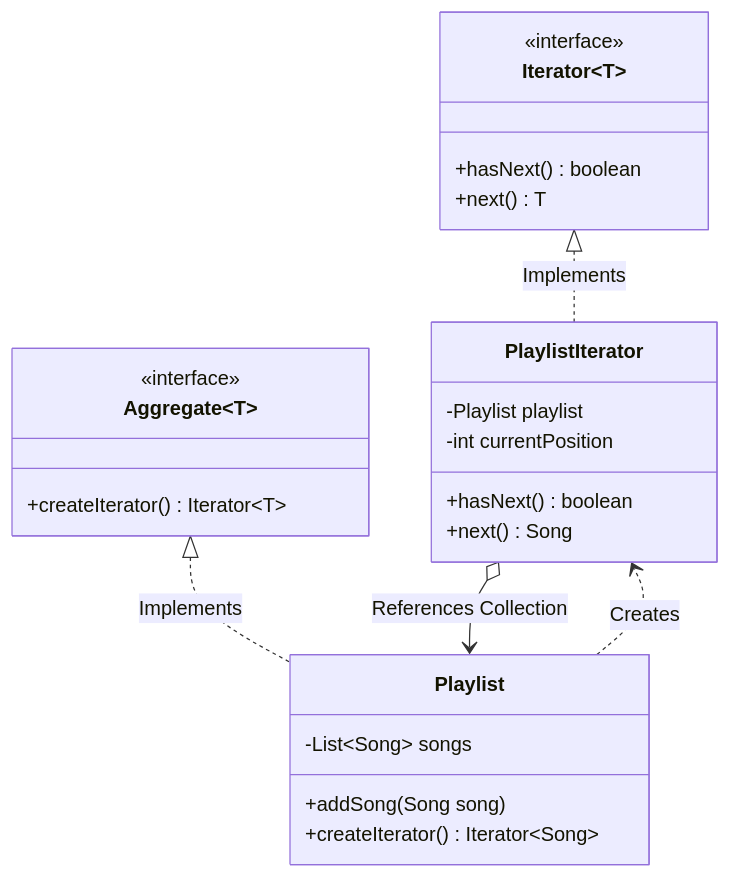
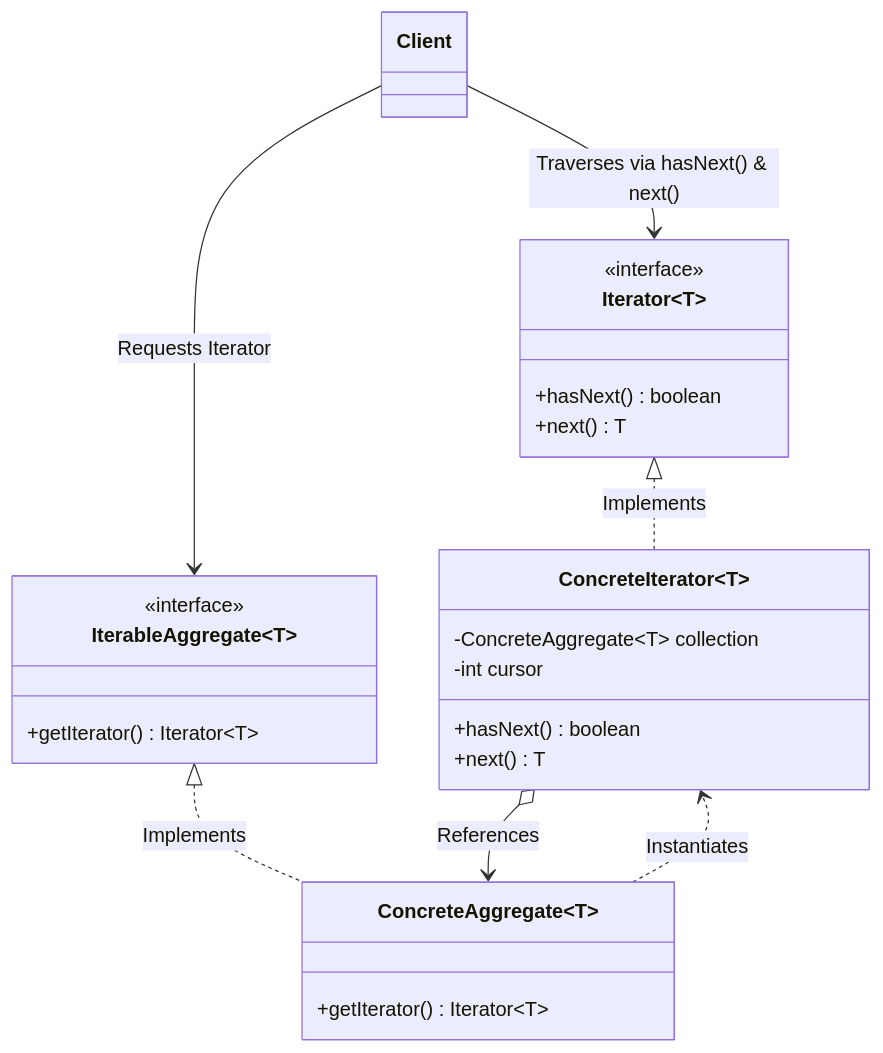
The second of 2 diagrams in 04-OOPs-and-Design-Patterns/03-Design-Patterns/29-Iterator-Design-Pattern.md (rohithgowda18/Notes), drawn with Mermaid before and after one commit. The commit also changed other lines of this file and 30 other files, not shown here.

````diff
--- a/04-OOPs-and-Design-Patterns/03-Design-Patterns/29-Iterator-Design-Pattern.md
+++ b/04-OOPs-and-Design-Patterns/03-Design-Patterns/29-Iterator-Design-Pattern.md
@@ -22,31 +35,34 @@
 ```mermaid
 classDiagram
     class Iterator~T~ {
         <<interface>>
         +hasNext() boolean
         +next() T
     }
 
-    class Aggregate~T~ {
+    class IterableAggregate~T~ {
         <<interface>>
-        +createIterator() Iterator~T~
+        +getIterator() Iterator~T~
     }
 
-    class Playlist {
-        -List~Song~ songs
-        +addSong(Song song)
-        +createIterator() Iterator~Song~
+    class ConcreteAggregate~T~ {
+        +getIterator() Iterator~T~
     }
 
-    class PlaylistIterator {
-        -Playlist playlist
-        -int currentPosition
+    class ConcreteIterator~T~ {
+        -ConcreteAggregate~T~ collection
+        -int cursor
         +hasNext() boolean
-        +next() Song
+        +next() T
     }
 
-    Aggregate <|.. Playlist : Implements
-    Iterator <|.. PlaylistIterator : Implements
-    Playlist ..> PlaylistIterator : Creates
-    PlaylistIterator o--> Playlist : References Collection
+    class Client {
+    }
+
+    IterableAggregate <|.. ConcreteAggregate : Implements
+    Iterator <|.. ConcreteIterator : Implements
+    ConcreteAggregate ..> ConcreteIterator : Instantiates
+    ConcreteIterator o--> ConcreteAggregate : References
+    Client --> IterableAggregate : Requests Iterator
+    Client --> Iterator : Traverses via hasNext() & next()
 ```
````
